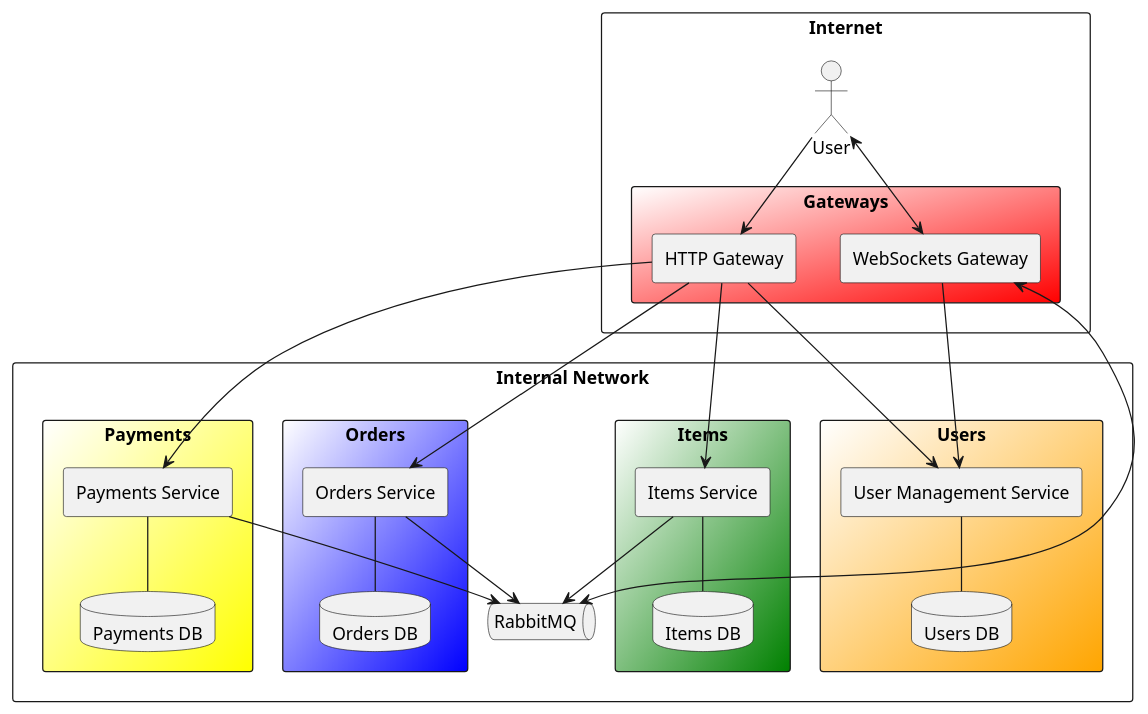
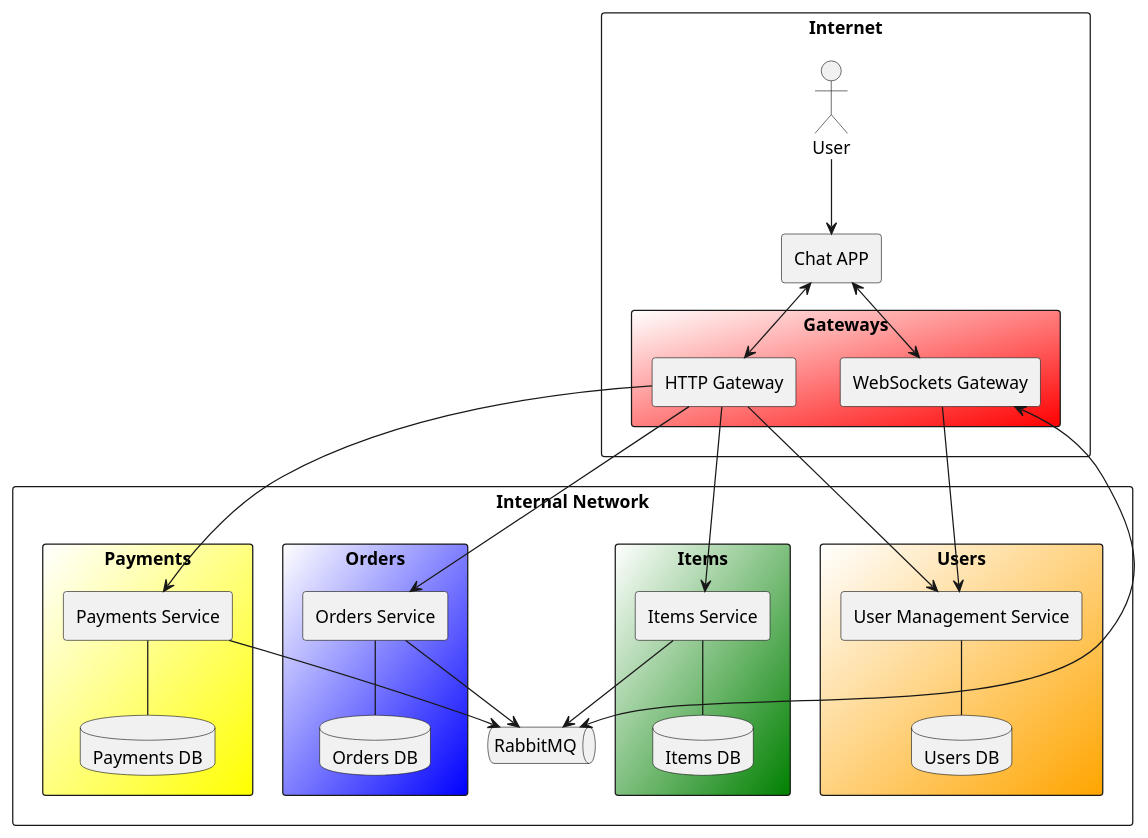
The diagram in uml/architecture-overview.puml (vskrachkov/fastapi-microservices), drawn with PlantUML before and after one commit. The commit also changed 2 other files, not shown here.

Commit message:
new: add chat-app

```diff
--- a/uml/architecture-overview.puml
+++ b/uml/architecture-overview.puml
@@ -1,57 +1,60 @@
 @startuml
 
 rectangle Internet {
     actor User
+    rectangle "Chat APP" as Chat
 
     rectangle Gateways #white/red {
         rectangle "HTTP Gateway" as HTTP_G
         rectangle "WebSockets Gateway" as WS_G
     }
 }
 
 rectangle "Internal Network" {
     rectangle Users #white/orange {
         rectangle "User Management Service" as UMS
         database "Users DB" as UMS_DB
     }
 
     rectangle Items #white/green {
         rectangle "Items Service" as ItmS
         database "Items DB" as ItmS_DB
     }
 
     rectangle Orders #white/blue {
         rectangle "Orders Service" as OrS
         database "Orders DB" as OrS_DB
     }
 
     rectangle Payments #white/yellow {
         rectangle "Payments Service" as PmtS
         database "Payments DB" as PmtS_DB
     }
 
     queue "RabbitMQ" as Q
 }
 
-User --> HTTP_G
-User <--> WS_G
+User --> Chat
+
+Chat <--> WS_G
+Chat <--> HTTP_G
 
 HTTP_G --> UMS
 UMS -- UMS_DB
 
 WS_G <--> Q
 WS_G --> UMS
 
 HTTP_G --> OrS
 OrS -- OrS_DB
 OrS --> Q
 
 HTTP_G --> ItmS
 ItmS -- ItmS_DB
 ItmS --> Q
 
 HTTP_G --> PmtS
 PmtS -- PmtS_DB
 PmtS --> Q
 
 @enduml
```
